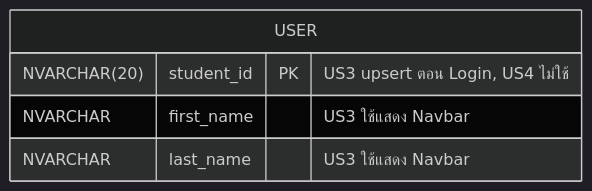
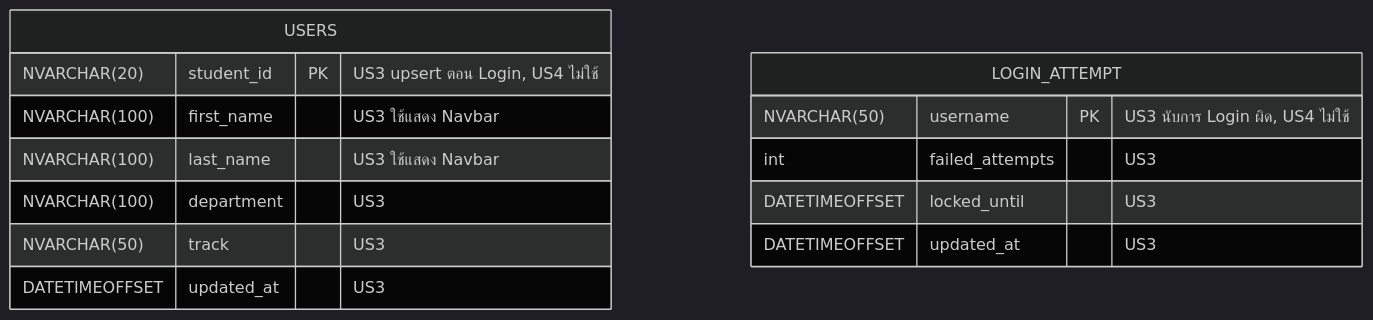
The diagram in .doc/US4/T06/US4-T06-ER-Diagram.md (Non-Sin/CS261-G3-MockTimetableTU), drawn with Mermaid (dark theme) before and after one commit. The commit also changed other lines of this file and 3 other files, not shown here.

````diff
--- a/.doc/US4/T06/US4-T06-ER-Diagram.md
+++ b/.doc/US4/T06/US4-T06-ER-Diagram.md
@@ -5,8 +5,18 @@
 ```mermaid
 erDiagram
-    USER {
+    USERS {
         NVARCHAR(20) student_id PK "US3 upsert ตอน Login, US4 ไม่ใช้"
-        NVARCHAR first_name "US3 ใช้แสดง Navbar"
-        NVARCHAR last_name "US3 ใช้แสดง Navbar"
+        NVARCHAR(100) first_name "US3 ใช้แสดง Navbar"
+        NVARCHAR(100) last_name "US3 ใช้แสดง Navbar"
+        NVARCHAR(100) department "US3"
+        NVARCHAR(50) track "US3"
+        DATETIMEOFFSET updated_at "US3"
+    }
+
+    LOGIN_ATTEMPT {
+        NVARCHAR(50) username PK "US3 นับการ Login ผิด, US4 ไม่ใช้"
+        int failed_attempts "US3"
+        DATETIMEOFFSET locked_until "US3"
+        DATETIMEOFFSET updated_at "US3"
     }
 ```
````
